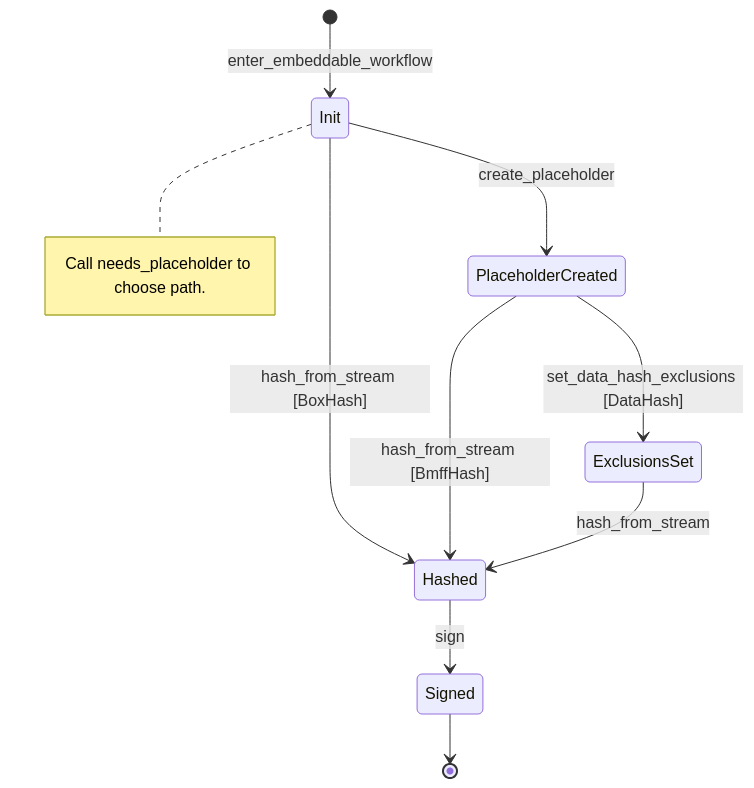
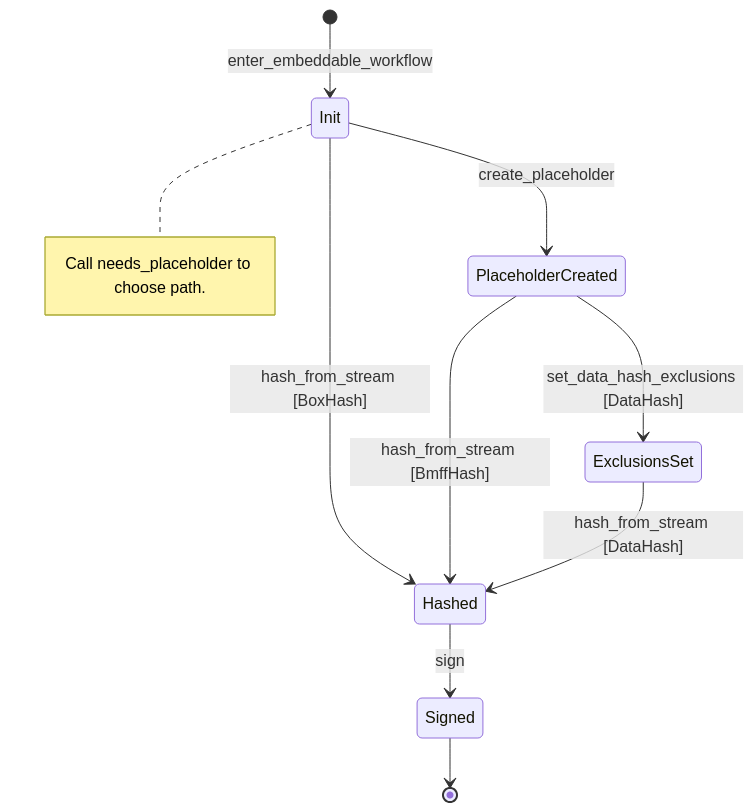
One commit to contentauth/c2pa-c changed the seventh of 8 diagrams in docs/embeddable-api.md. Above: the diagram before and after it, drawn with Mermaid. The commit also changed other lines of this file, not shown here.

````diff
--- a/docs/embeddable-api.md
+++ b/docs/embeddable-api.md
@@ -595,19 +595,19 @@
 ```mermaid
 stateDiagram-v2
     [*] --> Init : enter_embeddable_workflow
 
     Init --> PlaceholderCreated : create_placeholder
     Init --> Hashed : hash_from_stream [BoxHash]
 
     PlaceholderCreated --> ExclusionsSet : set_data_hash_exclusions [DataHash]
     PlaceholderCreated --> Hashed : hash_from_stream [BmffHash]
 
-    ExclusionsSet --> Hashed : hash_from_stream
+    ExclusionsSet --> Hashed : hash_from_stream [DataHash]
 
     Hashed --> Signed : sign
     Signed --> [*]
 
     note right of Init
         Call needs_placeholder to choose path.
     end note
 ```
````
